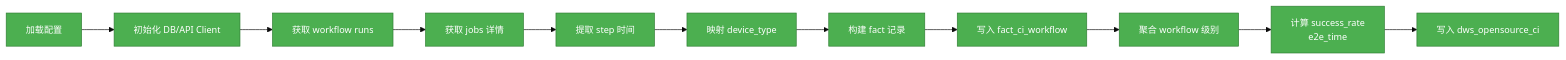
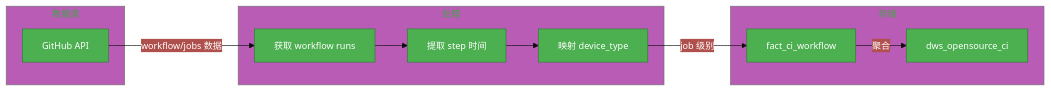
Before and after one commit to GeorgeCao-hw/backlog-test: the second of 2 diagrams in opensourceways/backlog/issue_docs/148/Architecture Desgin/#148 Architecture Design Specification.md, drawn with Mermaid. The commit also changed other lines of this file and 1 other file, not shown here.

````diff
--- a/opensourceways/backlog/issue_docs/148/Architecture Desgin/#148 Architecture Design Specification.md
+++ b/opensourceways/backlog/issue_docs/148/Architecture Desgin/#148 Architecture Design Specification.md
@@ -76,22 +89,29 @@
 ```mermaid
 %%{init: {
   'theme': 'base',
   'themeVariables': {
     'primaryColor': '#4caf50',
     'primaryBorderColor': '#2e7d32',
     'primaryTextColor': '#ffffff',
     'fontSize': '14px'
   }
 }}%%
 graph LR
-    A["加载配置"] --> B["初始化 DB/API Client"]
-    B --> C["获取 workflow runs"]
-    C --> D["获取 jobs 详情"]
-    D --> E["提取 step 时间"]
-    E --> F["映射 device_type"]
-    F --> G["构建 fact 记录"]
-    G --> H["写入 fact_ci_workflow"]
-    H --> I["聚合 workflow 级别"]
-    I --> J["计算 success_rate<br/>e2e_time"]
-    J --> K["写入 dws_opensource_ci"]
+    subgraph "数据源"
+        Source["GitHub API"]
+    end
+    subgraph "处理"
+        Fetch["获取 workflow runs"]
+        Extract["提取 step 时间"]
+        Map["映射 device_type"]
+    end
+    subgraph "存储"
+        Fact["fact_ci_workflow"]
+        Dws["dws_opensource_ci"]
+    end
+    Source -->|workflow/jobs 数据| Fetch
+    Fetch --> Extract
+    Extract --> Map
+    Map -->|job 级别| Fact
+    Fact -->|聚合| Dws
 ```
````
